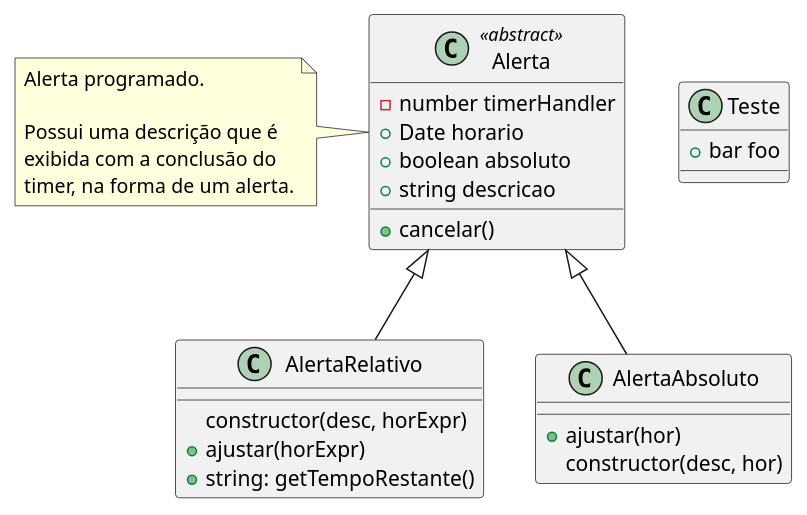
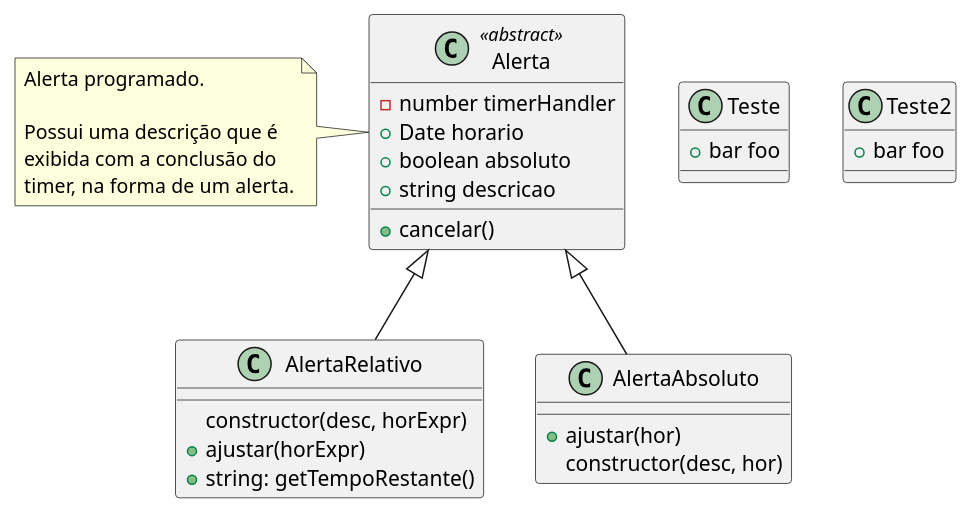
One commit to AlexandreJareck/plantuml-demo changed the diagram in classes.puml. Above: the diagram before and after it, drawn with PlantUML.

Commit message:
adiciona class teste2

```diff
--- a/classes.puml
+++ b/classes.puml
@@ -1,32 +1,36 @@
 @startuml "Classes"
 
 top to bottom direction
 
 class Teste {
+  + bar foo 
+}
+
+class Teste2 {
   + bar foo 
 }
 
 class Alerta <<abstract>> {
   - number timerHandler
   + Date horario
   + boolean absoluto
   + string descricao
   + cancelar()
 }
 note left of Alerta : Alerta programado.\n\nPossui uma descrição que é\nexibida com a conclusão do\ntimer, na forma de um alerta.
 
 class AlertaRelativo {
   constructor(desc, horExpr)
   + ajustar(horExpr)
   + string: getTempoRestante()
 }
 
 class AlertaAbsoluto {
   + ajustar(hor)
   constructor(desc, hor)
 }
 
 Alerta <|-- AlertaRelativo
 Alerta <|-- AlertaAbsoluto
 
 @enduml
```
